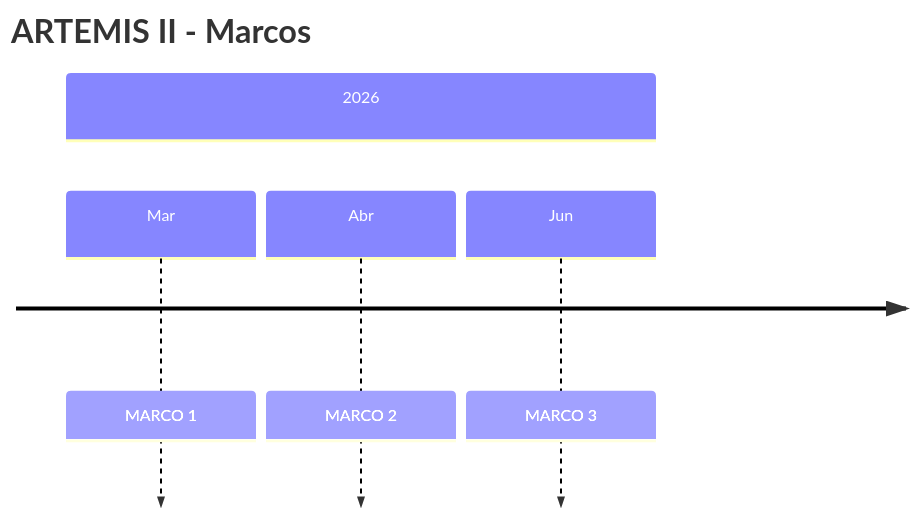
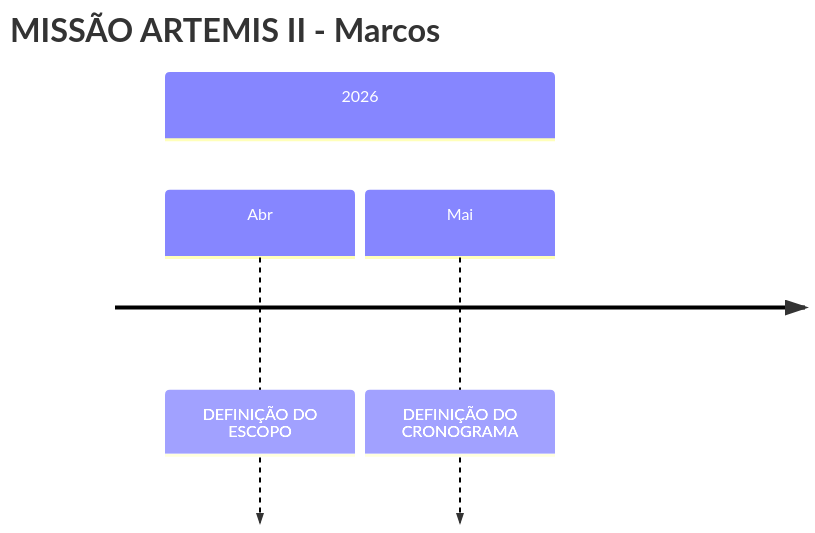
One commit to mathpitanguy/pitanguy changed the second of 2 diagrams in docs/projetos/artemis_ii.md. Above: the diagram before and after it, drawn with Mermaid. The commit also changed other lines of this file and 1 other file, not shown here.

````diff
--- a/docs/projetos/artemis_ii.md
+++ b/docs/projetos/artemis_ii.md
@@ -110,8 +98,7 @@
 ```mermaid
 timeline
-    title ARTEMIS II - Marcos
+    title MISSÃO ARTEMIS II - Marcos
     section 2026
-        Mar : MARCO 1
-        Abr : MARCO 2
-        Jun : MARCO 3
+        Abr : DEFINIÇÃO DO ESCOPO
+        Mai : DEFINIÇÃO DO CRONOGRAMA
 ```
````
